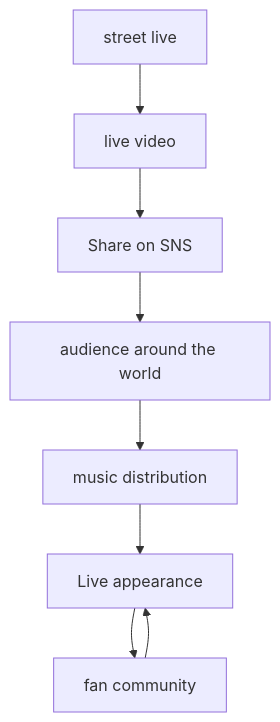
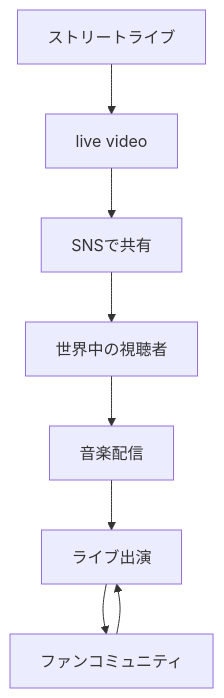
The fourth of 16 diagrams in en/_posts/2026-08-04-column-high-fade.md (monumental-movement/monumental-movement.github.io), drawn with Mermaid before and after one commit. The commit also changed other lines of this file and 2196 other files, not shown here.

```diff
--- a/en/_posts/2026-08-04-column-high-fade.md
+++ b/en/_posts/2026-08-04-column-high-fade.md
@@ -589,18 +588,18 @@
 <div class="mermaid">
 flowchart TD
-A[street live]
+A[ストリートライブ]
 B[live video]
-C[Share on SNS]
-D[audience around the world]
-E[music distribution]
-F[Live appearance]
-G[fan community]
+C[SNSで共有]
+D[世界中の視聴者]
+E[音楽配信]
+F[ライブ出演]
+G[ファンコミュニティ]
 
 A --> B
 B --> C
 C --> D
 D --> E
 E --> F
 F --> G
 G --> F
 </div>
```
